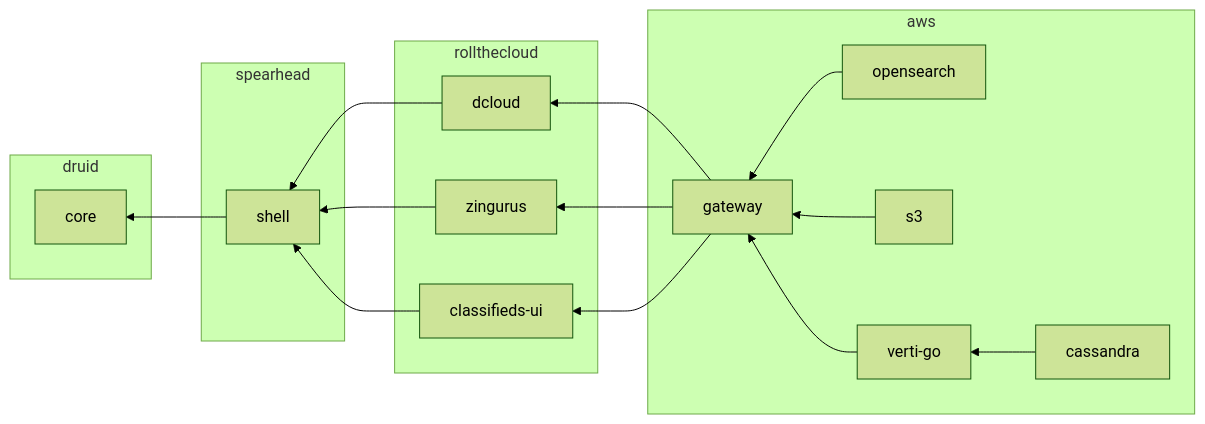
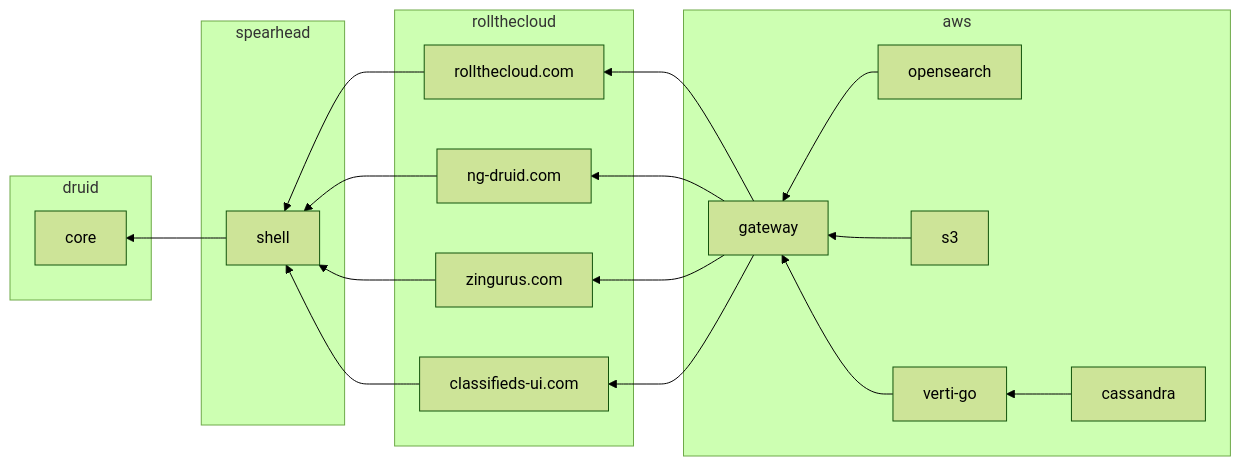
Before and after one commit to rollthecloudinc/quell: the first of 2 diagrams in architecture/ecosystem/README.md, drawn with Mermaid (forest theme). The commit also changed other lines of this file, not shown here.

````diff
--- a/architecture/ecosystem/README.md
+++ b/architecture/ecosystem/README.md
@@ -3,23 +3,25 @@
 ```mermaid
 flowchart RL
 subgraph druid
 core
 end
 subgraph spearhead
 shell-->core
 end
 subgraph rollthecloud
-dcloud-->shell
-zingurus-->shell
-classifieds-ui-->shell
+dcloud[rollthecloud.com]-->shell
+druid2[ng-druid.com]-->shell
+zingurus[zingurus.com]-->shell
+classifieds-ui[classifieds-ui.com]-->shell
 end
 subgraph aws
 gateway-->dcloud
+gateway-->druid2
 gateway-->zingurus
 gateway-->classifieds-ui
 opensearch-->gateway
 s3-->gateway
 verti-go-->gateway
 cassandra-->verti-go
 end
 ```
````
